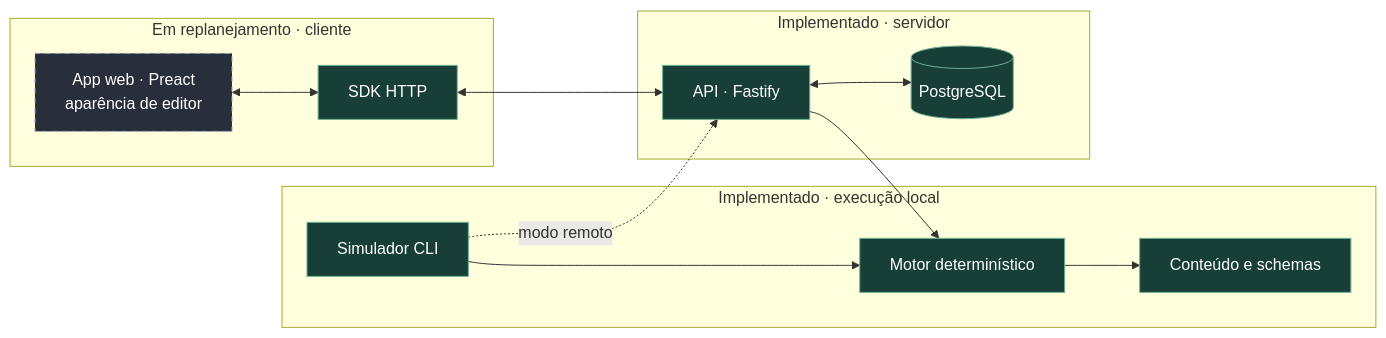
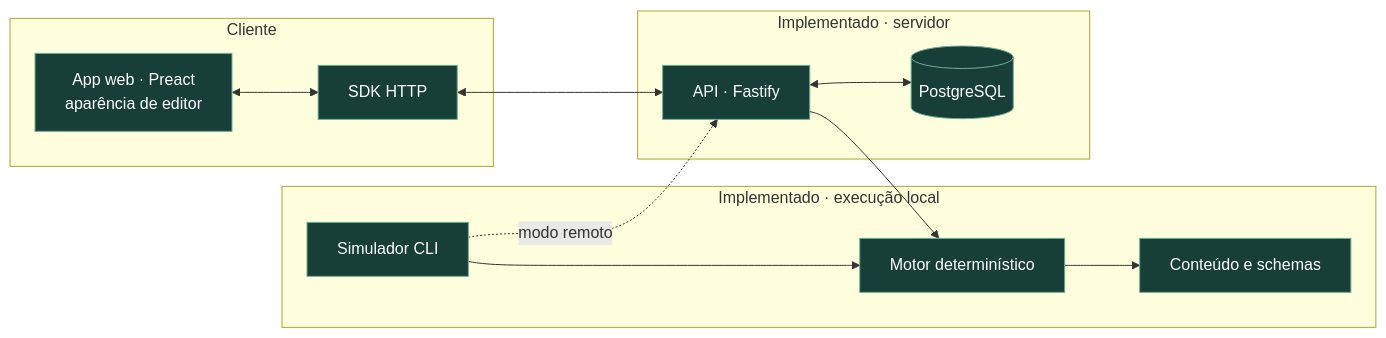
Before and after one commit to gustavopals/pals-vscode-game: the diagram in README.md, drawn with Mermaid. The commit also changed other lines of this file and 5 other files, not shown here.

````diff
--- a/README.md
+++ b/README.md
@@ -93,20 +93,19 @@
 ```mermaid
 flowchart LR
     subgraph local["Implementado · execução local"]
         Sim["Simulador CLI"] --> Engine["Motor determinístico"]
         Engine --> Content["Conteúdo e schemas"]
     end
     subgraph server["Implementado · servidor"]
         API["API · Fastify"] <--> DB[("PostgreSQL")]
     end
-    subgraph client["Em replanejamento · cliente"]
+    subgraph client["Cliente"]
         Web["App web · Preact<br/>aparência de editor"] <--> SDK["SDK HTTP"]
     end
     SDK <--> API
     Sim -. "modo remoto" .-> API
     API --> Engine
     classDef ready fill:#173e37,stroke:#6eaf96,color:#fff
     classDef planned fill:#292e3b,stroke:#9aa6bf,color:#fff,stroke-dasharray:5 5
-    class Sim,Engine,Content,API,DB,SDK ready
-    class Web planned
+    class Sim,Engine,Content,API,DB,SDK,Web ready
 ```
````
